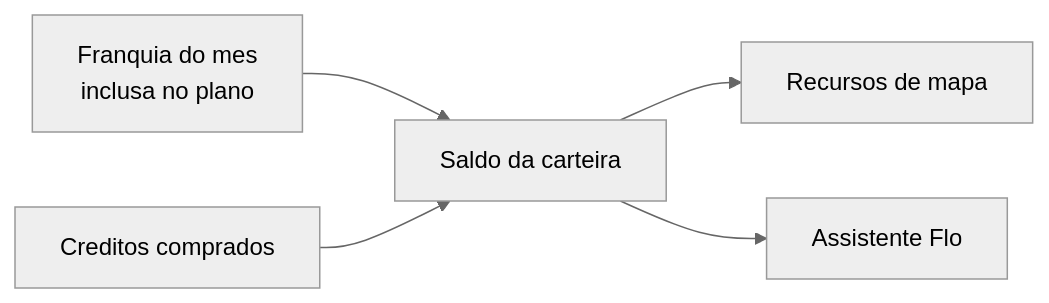
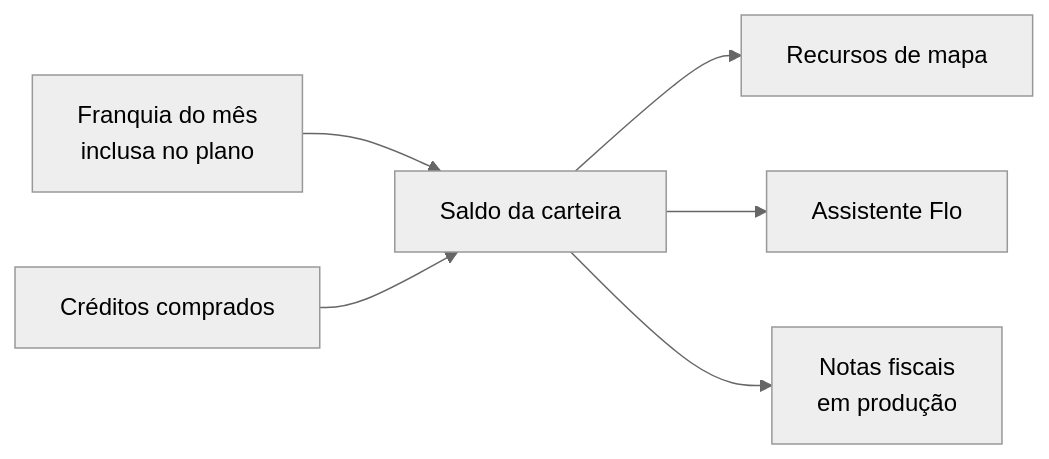
Before and after one commit to LocFlowTeam/locflow-docs: the diagram in configuracoes/assinatura-e-creditos.md, drawn with Mermaid (neutral theme). The commit also changed other lines of this file and 26 other files, not shown here.

````diff
--- a/configuracoes/assinatura-e-creditos.md
+++ b/configuracoes/assinatura-e-creditos.md
@@ -91,7 +95,8 @@
 ```mermaid
 flowchart LR
-    F[Franquia do mes<br/>inclusa no plano] --> S[Saldo da carteira]
-    C[Creditos comprados] --> S
+    F[Franquia do mês<br/>inclusa no plano] --> S[Saldo da carteira]
+    C[Créditos comprados] --> S
     S --> M[Recursos de mapa]
     S --> I[Assistente Flo]
+    S --> N[Notas fiscais<br/>em produção]
 ```
````
